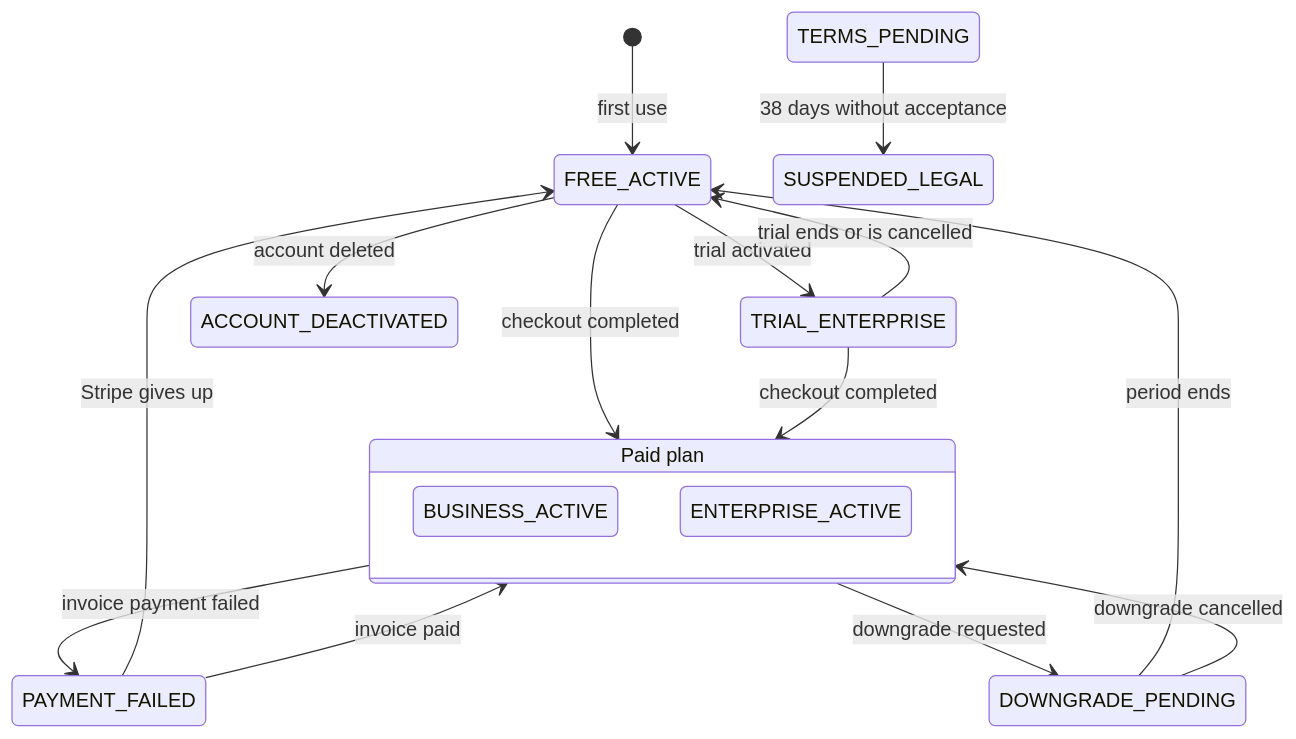
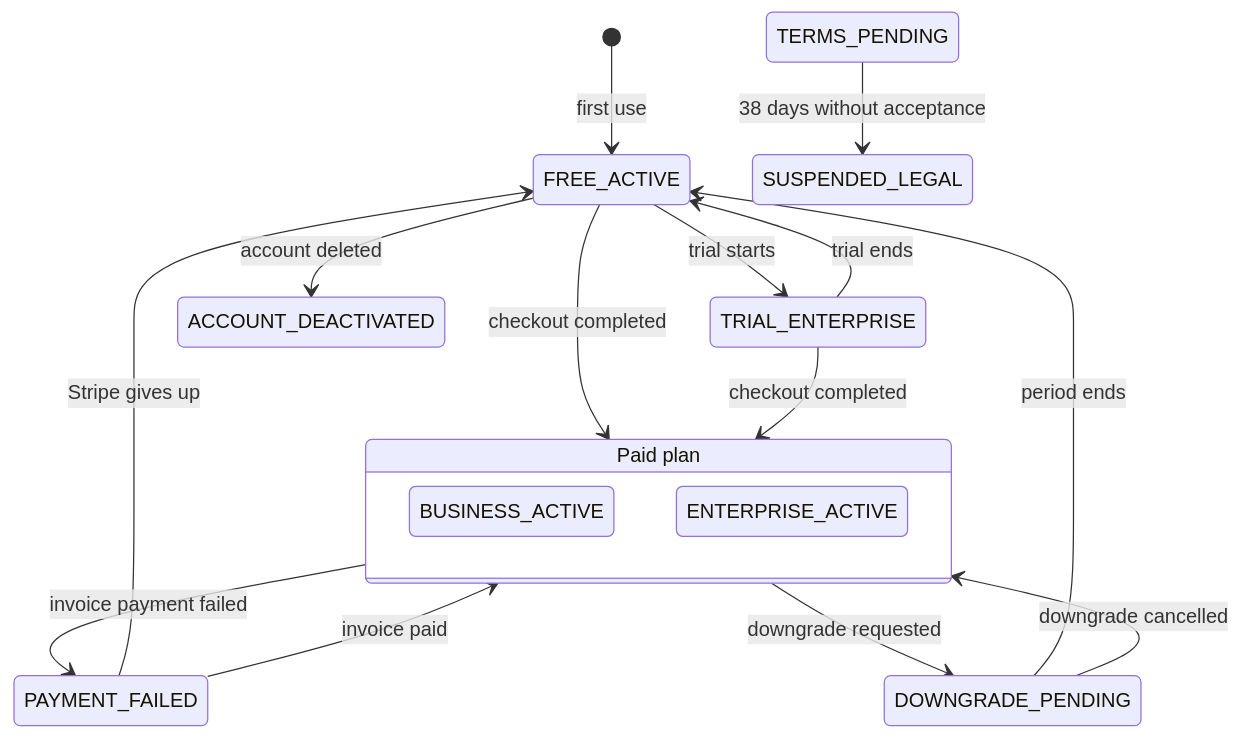
The diagram in docs/guide/billing-graph.md (Check-It-Out-Dev/checkitout-backend), drawn with Mermaid before and after one commit. The commit also changed 1 other file, not shown here.

Commit message:
The pipelines diagram is two columns, and the trial labels no longer overlap
Stacked top-down the two pipelines made one chart 1,800 pixels tall.
They are side by side now, each drawn downwards, with no edge between
them: one crossing edge makes Mermaid drop the direction of both boxes.

````diff
--- a/docs/guide/billing-graph.md
+++ b/docs/guide/billing-graph.md
@@ -15,22 +15,22 @@
 ```mermaid
 stateDiagram-v2
     [*] --> FREE_ACTIVE: first use
-    FREE_ACTIVE --> TRIAL_ENTERPRISE: trial activated
-    TRIAL_ENTERPRISE --> FREE_ACTIVE: trial ends or is cancelled
+    FREE_ACTIVE --> TRIAL_ENTERPRISE: trial starts
+    TRIAL_ENTERPRISE --> FREE_ACTIVE: trial ends
 
     state "Paid plan" as PAID {
         BUSINESS_ACTIVE
         ENTERPRISE_ACTIVE
     }
     FREE_ACTIVE --> PAID: checkout completed
     TRIAL_ENTERPRISE --> PAID: checkout completed
     PAID --> PAYMENT_FAILED: invoice payment failed
     PAYMENT_FAILED --> PAID: invoice paid
     PAYMENT_FAILED --> FREE_ACTIVE: Stripe gives up
     PAID --> DOWNGRADE_PENDING: downgrade requested
     DOWNGRADE_PENDING --> PAID: downgrade cancelled
     DOWNGRADE_PENDING --> FREE_ACTIVE: period ends
 
     TERMS_PENDING --> SUSPENDED_LEGAL: 38 days without acceptance
     FREE_ACTIVE --> ACCOUNT_DEACTIVATED: account deleted
 ```
````
